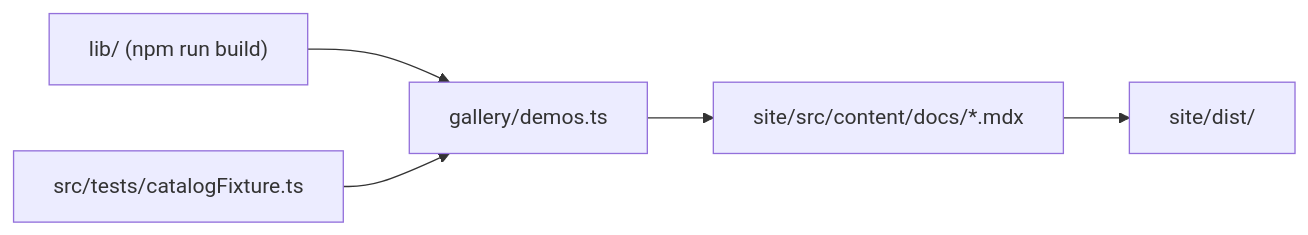
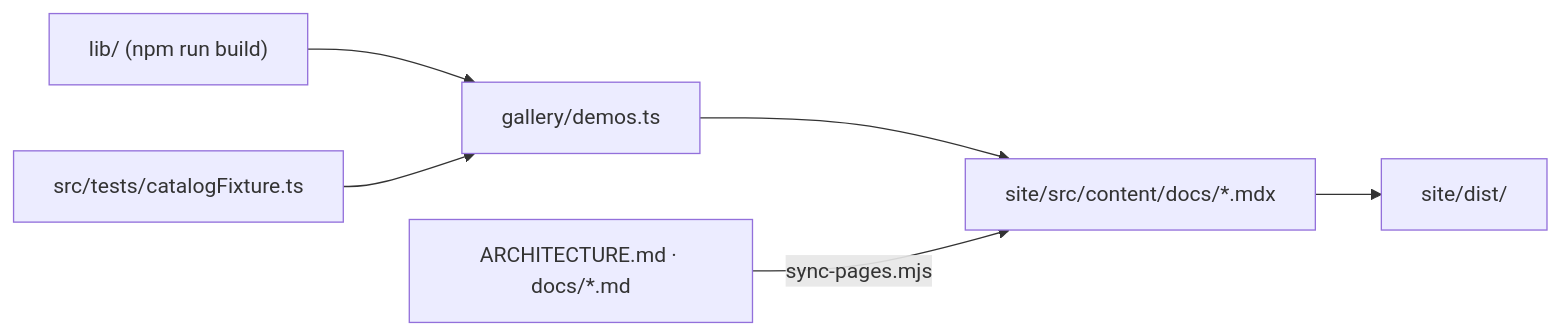
The diagram in README.md (Verticopolis/components), drawn with Mermaid before and after one commit. The commit also changed other lines of this file and 11 other files, not shown here.

````diff
--- a/README.md
+++ b/README.md
@@ -261,7 +262,8 @@
 ```mermaid
 flowchart LR
   lib["lib/ (npm run build)"] --> demos["gallery/demos.ts"]
   fixture["src/tests/catalogFixture.ts"] --> demos
   demos --> pages["site/src/content/docs/*.mdx"]
+  docs["ARCHITECTURE.md · docs/*.md"] -->|"sync-pages.mjs"| pages
   pages --> dist["site/dist/"]
 ```
````
